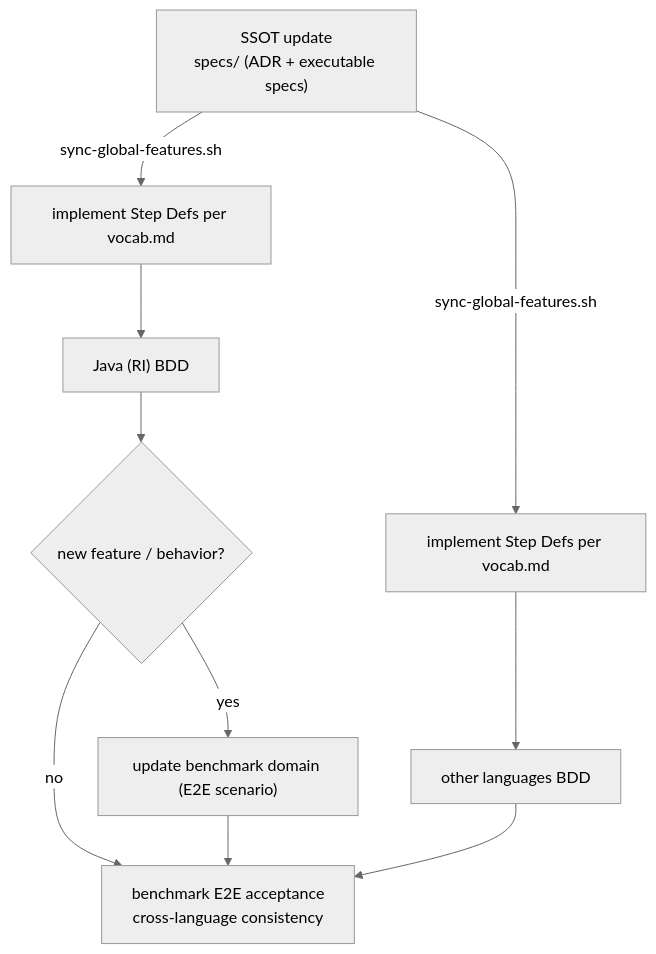
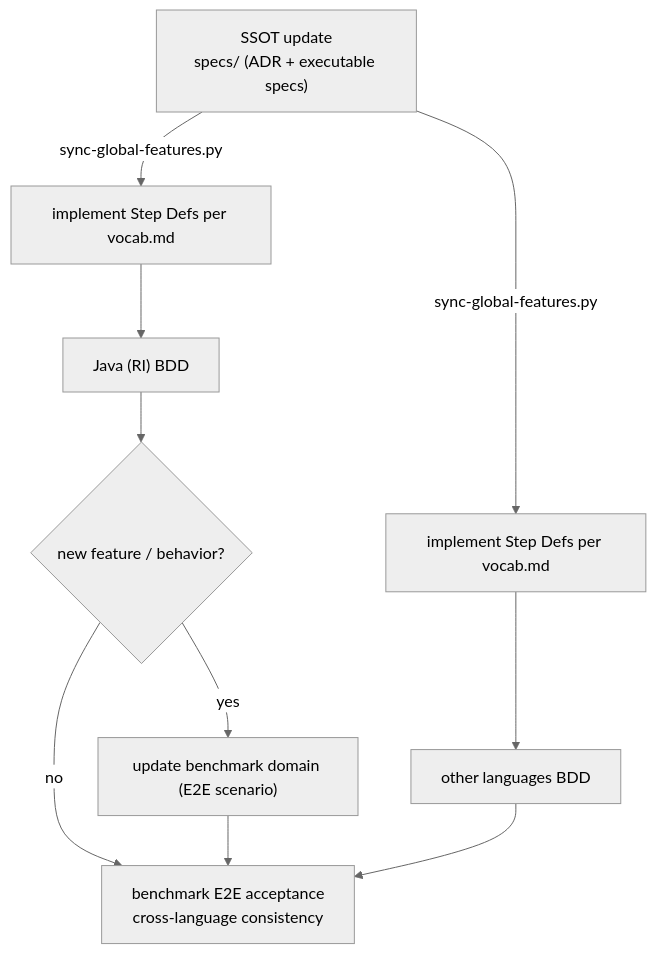
One commit to SpecFormula/specformula-docs changed the diagram in content/docs/contributing/index.en.mdx. Above: the diagram before and after it, drawn with Mermaid (neutral theme). The commit also changed other lines of this file and 5 other files, not shown here.

First line of the commit message:
fix: point the sync-script references at sync-global-features.py

````diff
--- a/content/docs/contributing/index.en.mdx
+++ b/content/docs/contributing/index.en.mdx
@@ -12,13 +12,13 @@
 ```mermaid
 flowchart TB
     SPEC["SSOT update<br/>specs/ (ADR + executable specs)"]
-    SPEC -->|sync-global-features.sh| A0["implement Step Defs per vocab.md"]
+    SPEC -->|sync-global-features.py| A0["implement Step Defs per vocab.md"]
     A0 --> A1["Java (RI) BDD"]
     A1 --> A2{"new feature / behavior?"}
     A2 -->|yes| A3["update benchmark domain (E2E scenario)"]
     A2 -->|no| BV["benchmark E2E acceptance<br/>cross-language consistency"]
     A3 --> BV
-    SPEC -->|sync-global-features.sh| B0["implement Step Defs per vocab.md"]
+    SPEC -->|sync-global-features.py| B0["implement Step Defs per vocab.md"]
     B0 --> B1["other languages BDD"]
     B1 --> BV
 ```
````
